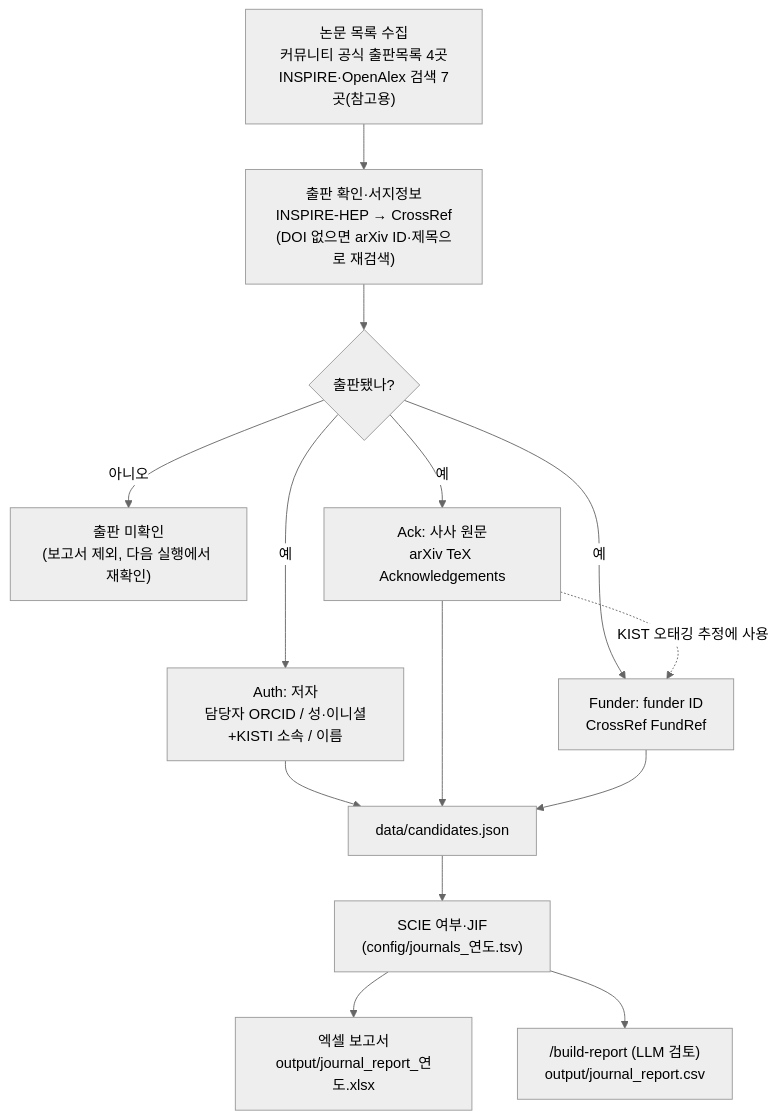
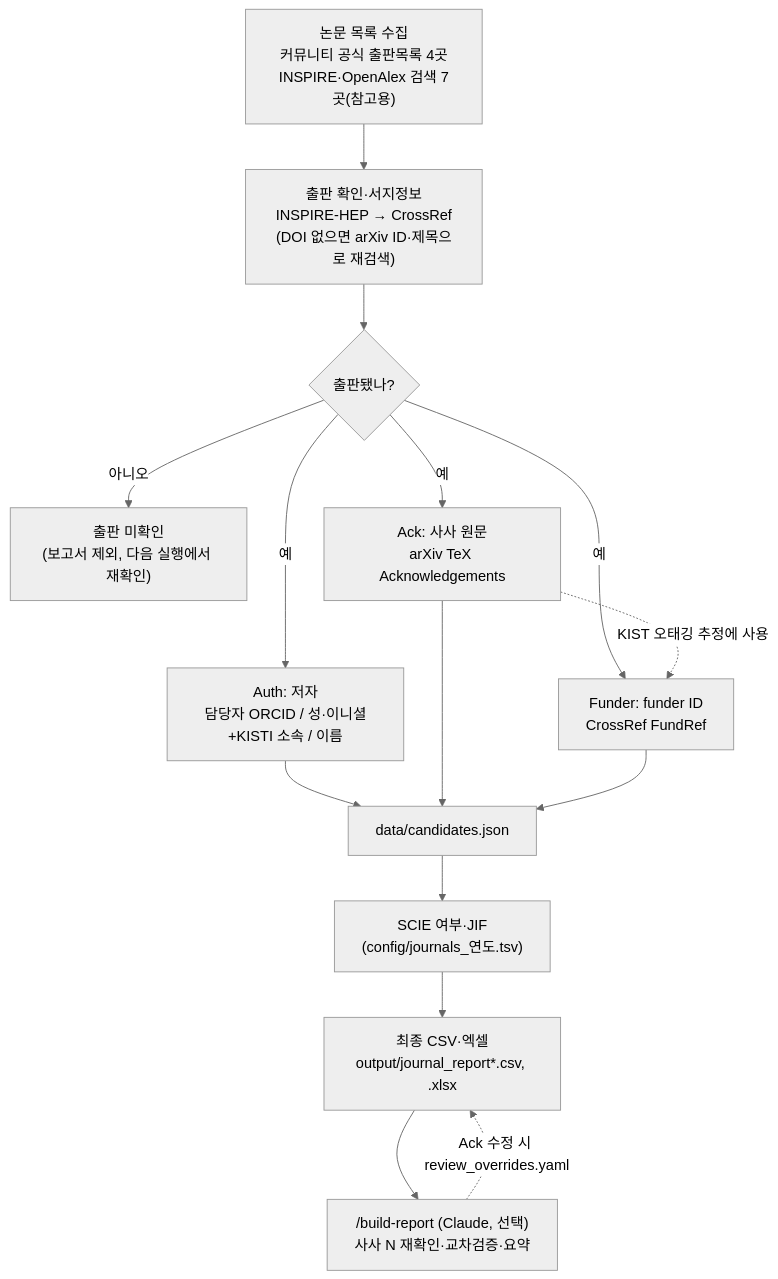
Before and after one commit to gsdc/journal_info_collector: the diagram in README.md, drawn with Mermaid (neutral theme). The commit also changed other lines of this file and 7 other files, not shown here.

First line of the commit message:
Write final CSVs in Python; limit /build-report to review

````diff
--- a/README.md
+++ b/README.md
@@ -17,17 +17,18 @@
 ```mermaid
 flowchart TD
     A["논문 목록 수집<br/>커뮤니티 공식 출판목록 4곳<br/>INSPIRE·OpenAlex 검색 7곳(참고용)"]
     A --> B["출판 확인·서지정보<br/>INSPIRE-HEP → CrossRef<br/>(DOI 없으면 arXiv ID·제목으로 재검색)"]
     B --> C{"출판됐나?"}
     C -- "아니오" --> U["출판 미확인<br/>(보고서 제외, 다음 실행에서 재확인)"]
     C -- "예" --> AUTH["Auth: 저자<br/>담당자 ORCID / 성·이니셜+KISTI 소속 / 이름"]
     C -- "예" --> ACK["Ack: 사사 원문<br/>arXiv TeX Acknowledgements"]
     C -- "예" --> FUN["Funder: funder ID<br/>CrossRef FundRef"]
     ACK -. "KIST 오태깅 추정에 사용" .-> FUN
     AUTH --> J["data/candidates.json"]
     ACK --> J
     FUN --> J
     J --> S["SCIE 여부·JIF<br/>(config/journals_연도.tsv)"]
-    S --> X["엑셀 보고서<br/>output/journal_report_연도.xlsx"]
-    S --> R["/build-report (LLM 검토)<br/>output/journal_report.csv"]
+    S --> X["최종 CSV·엑셀<br/>output/journal_report*.csv, .xlsx"]
+    X --> R["/build-report (Claude, 선택)<br/>사사 N 재확인·교차검증·요약"]
+    R -. "Ack 수정 시 review_overrides.yaml" .-> X
 ```
````
